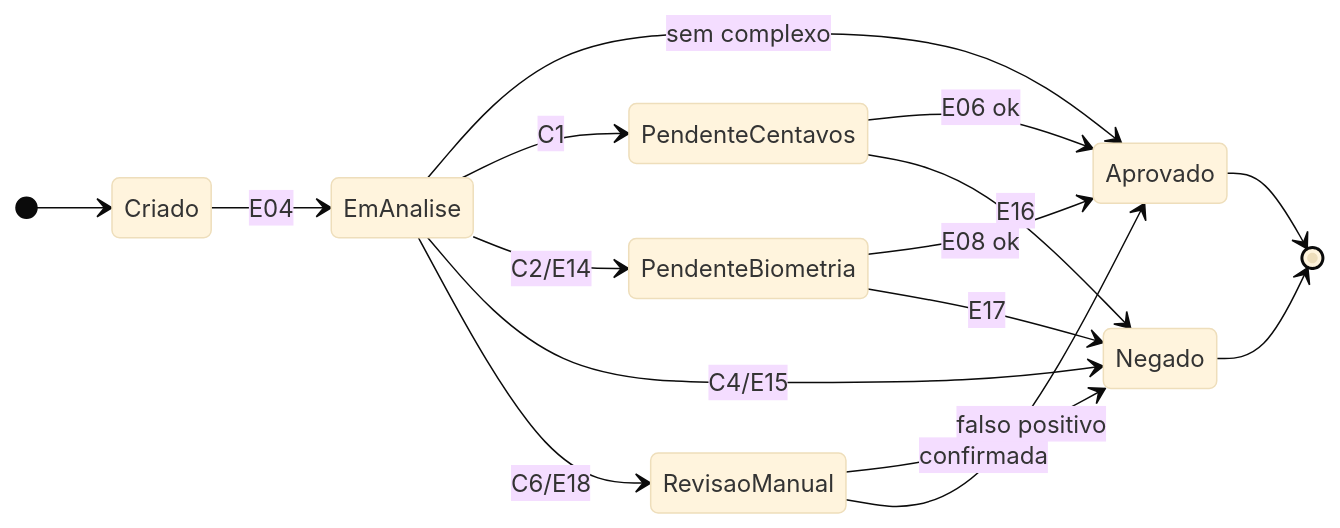
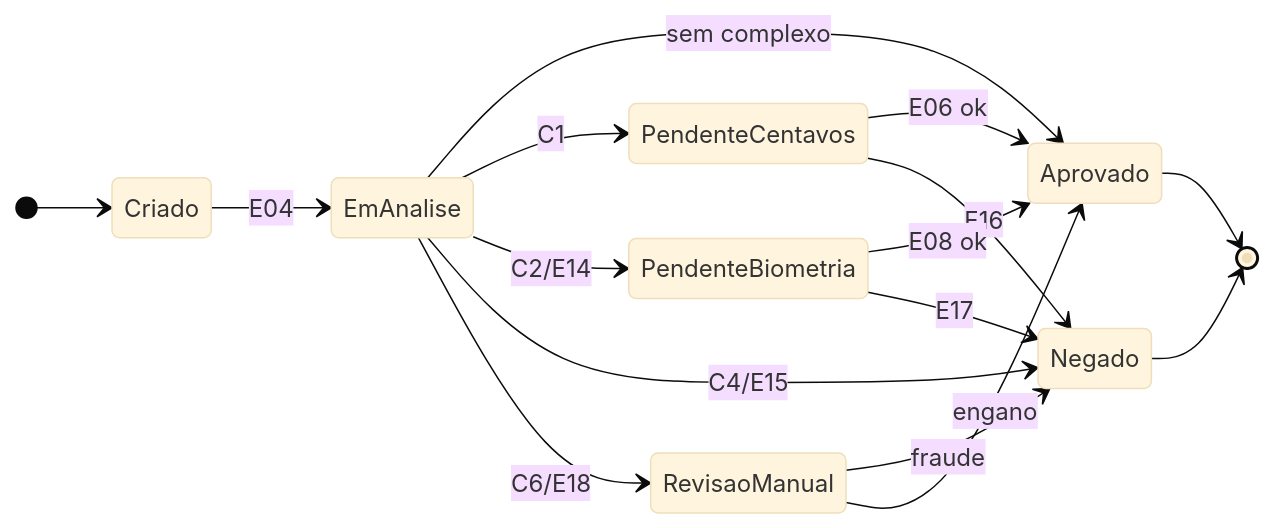
The third of 6 diagrams in ponderada-cep-antifraude.md (AndreLobo1/scsdscd), drawn with Mermaid (base theme) before and after one commit. The commit also changed other lines of this file, not shown here.

````diff
--- a/ponderada-cep-antifraude.md
+++ b/ponderada-cep-antifraude.md
@@ -177,19 +179,19 @@
 ```mermaid
 stateDiagram-v2
     direction LR
     [*] --> Criado
     Criado --> EmAnalise : E04
     EmAnalise --> Aprovado : sem complexo
     EmAnalise --> PendenteCentavos : C1
     EmAnalise --> PendenteBiometria : C2/E14
     EmAnalise --> Negado : C4/E15
     EmAnalise --> RevisaoManual : C6/E18
     PendenteCentavos --> Aprovado : E06 ok
     PendenteCentavos --> Negado : E16
     PendenteBiometria --> Aprovado : E08 ok
     PendenteBiometria --> Negado : E17
-    RevisaoManual --> Negado : confirmada
-    RevisaoManual --> Aprovado : falso positivo
+    RevisaoManual --> Negado : fraude
+    RevisaoManual --> Aprovado : engano
     Aprovado --> [*]
     Negado --> [*]
 ```
````
